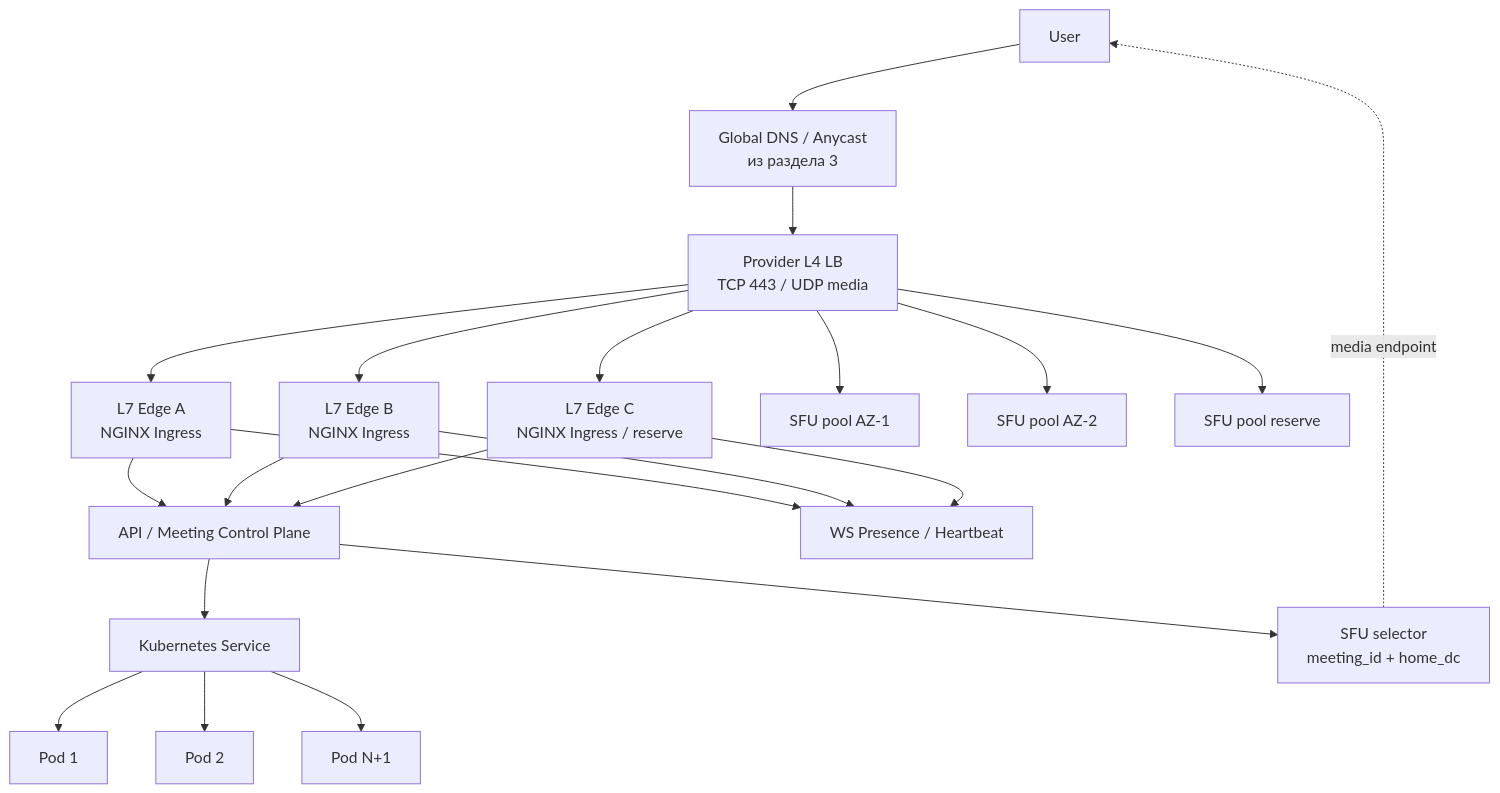
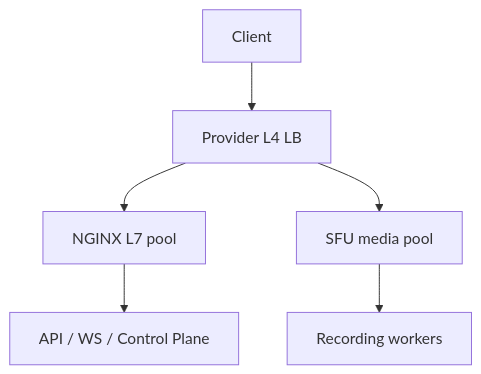
One commit to Danykrane/system_design changed the fifth of 5 diagrams in README.md. Above: the diagram before and after it, drawn with Mermaid. The commit also changed other lines of this file and 1 other file, not shown here.

````diff
--- a/README.md
+++ b/README.md
@@ -395,29 +388,8 @@
 ```mermaid
 flowchart TD
-    U["User"] --> GLB["Global DNS / Anycast<br/>из раздела 3"]
-    GLB --> PL4["Provider L4 LB<br/>TCP 443 / UDP media"]
-
-    PL4 --> E1["L7 Edge A<br/>NGINX Ingress"]
-    PL4 --> E2["L7 Edge B<br/>NGINX Ingress"]
-    PL4 --> E3["L7 Edge C<br/>NGINX Ingress / reserve"]
-
-    E1 --> API["API / Meeting Control Plane"]
-    E2 --> API
-    E3 --> API
-
-    E1 --> WS["WS Presence / Heartbeat"]
-    E2 --> WS
-    E3 --> WS
-
-    API --> SVC["Kubernetes Service"]
-    SVC --> P1["Pod 1"]
-    SVC --> P2["Pod 2"]
-    SVC --> P3["Pod N+1"]
-
-    API --> SEL["SFU selector<br/>meeting_id + home_dc"]
-    PL4 --> SFU1["SFU pool AZ-1"]
-    PL4 --> SFU2["SFU pool AZ-2"]
-    PL4 --> SFU3["SFU pool reserve"]
-
-    SEL -. "media endpoint" .-> U
+    U["Client"] --> L4["Provider L4 LB"]
+    L4 --> L7["NGINX L7 pool"]
+    L7 --> API["API / WS / Control Plane"]
+    L4 --> SFU["SFU media pool"]
+    SFU --> REC["Recording workers"]
 ```
````
